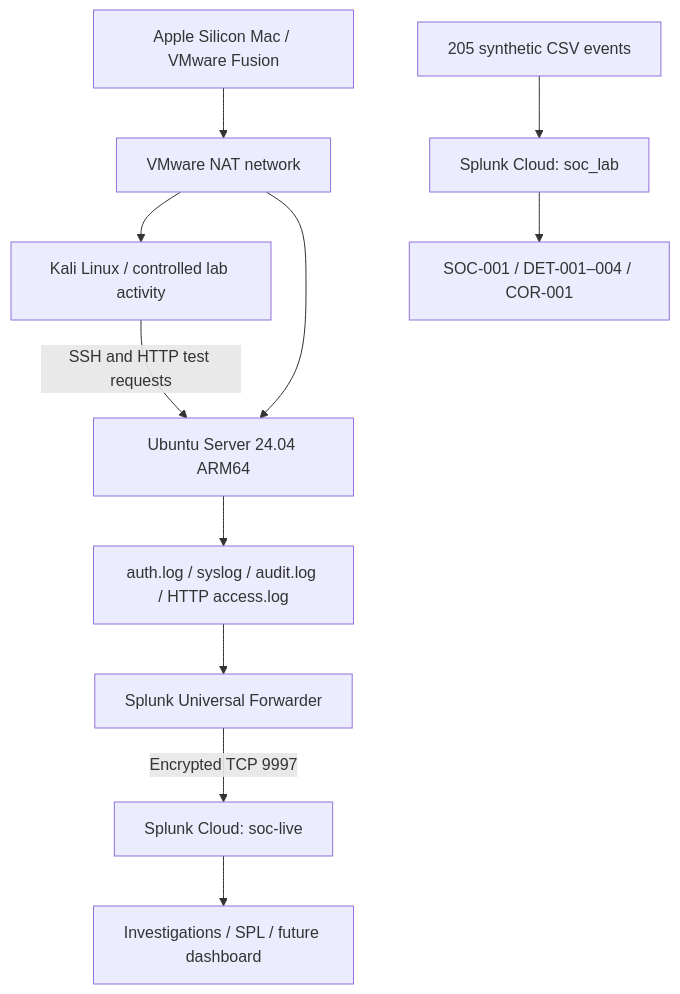
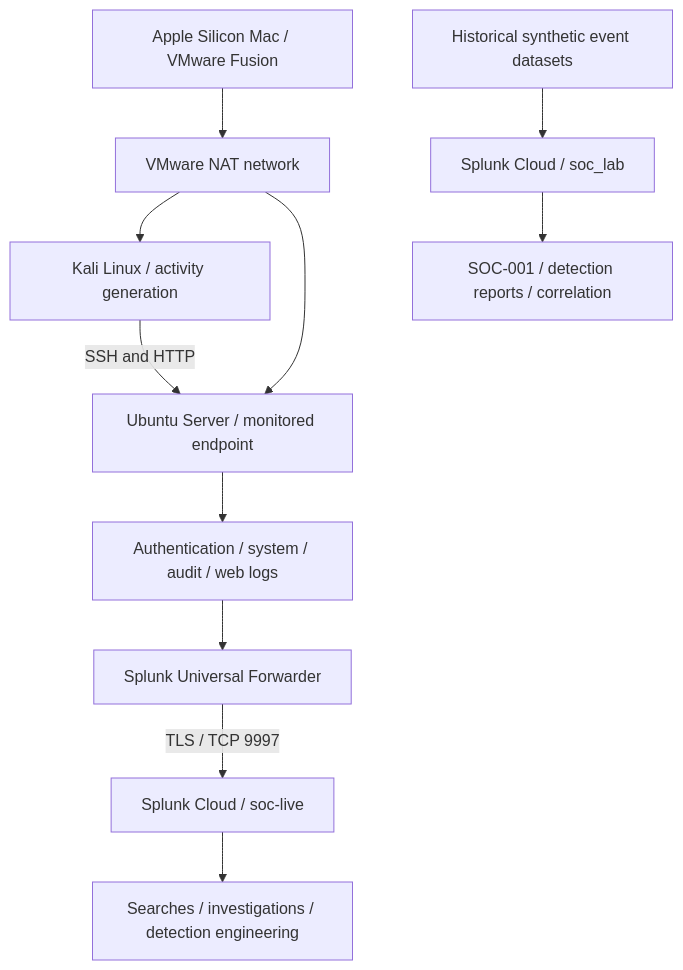
The diagram in README.md (chasemad/Splunk-Lab), drawn with Mermaid before and after one commit. The commit also changed other lines of this file, not shown here.

````diff
--- a/README.md
+++ b/README.md
@@ -21,13 +9,13 @@
 ```mermaid
 flowchart TD
-  M[Apple Silicon Mac / VMware Fusion] --> N[VMware NAT network]
-  N --> K[Kali Linux / controlled lab activity]
-  N --> U[Ubuntu Server 24.04 ARM64]
-  K -->|SSH and HTTP test requests| U
-  U --> L[auth.log / syslog / audit.log / HTTP access.log]
-  L --> F[Splunk Universal Forwarder]
-  F -->|Encrypted TCP 9997| C[Splunk Cloud: soc-live]
-  C --> I[Investigations / SPL / future dashboard]
-  H[205 synthetic CSV events] --> S[Splunk Cloud: soc_lab]
-  S --> J[SOC-001 / DET-001–004 / COR-001]
+  A[Apple Silicon Mac / VMware Fusion] --> B[VMware NAT network]
+  B --> K[Kali Linux / activity generation]
+  B --> U[Ubuntu Server / monitored endpoint]
+  K -->|SSH and HTTP| U
+  U --> T[Authentication / system / audit / web logs]
+  T --> F[Splunk Universal Forwarder]
+  F -->|TLS / TCP 9997| S[Splunk Cloud / soc-live]
+  S --> D[Searches / investigations / detection engineering]
+  H[Historical synthetic event datasets] --> L[Splunk Cloud / soc_lab]
+  L --> I[SOC-001 / detection reports / correlation]
 ```
````
